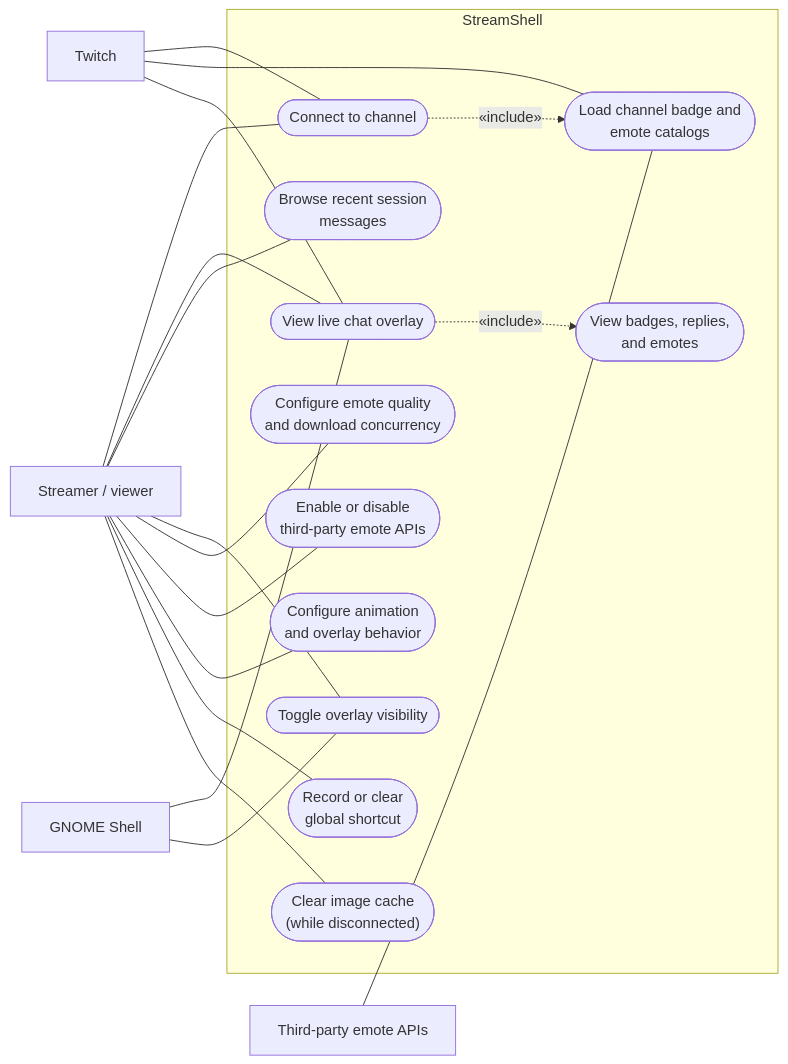
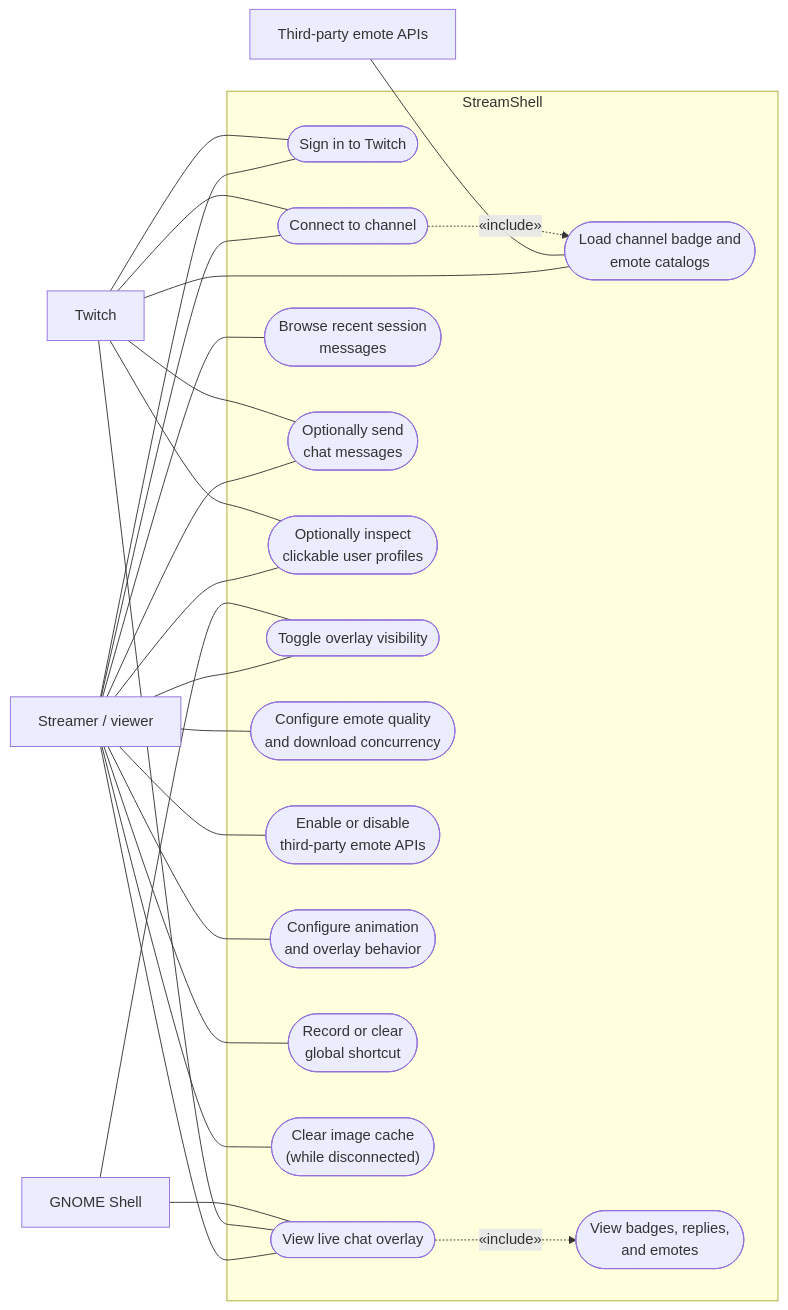
The second of 2 diagrams in docs/architecture/05-deployment-and-use-cases.md (tachirula/StreamShell), drawn with Mermaid before and after one commit. The commit also changed 4 other files, not shown here.

````diff
--- a/docs/architecture/05-deployment-and-use-cases.md
+++ b/docs/architecture/05-deployment-and-use-cases.md
@@ -74,40 +74,49 @@
 ```mermaid
 flowchart LR
   User["Streamer / viewer"]
   Twitch["Twitch"]
   EmoteAPIs["Third-party emote APIs"]
   Shell["GNOME Shell"]
 
   subgraph System["StreamShell"]
+    SignIn(["Sign in to Twitch"])
     Connect(["Connect to channel"])
     Catalogs(["Load channel badge and<br/>emote catalogs"])
     ViewChat(["View live chat overlay"])
     RichChat(["View badges, replies,<br/>and emotes"])
     History(["Browse recent session<br/>messages"])
+    SendChat(["Optionally send<br/>chat messages"])
+    UserProfile(["Optionally inspect<br/>clickable user profiles"])
     Toggle(["Toggle overlay visibility"])
     Assets(["Configure emote quality<br/>and download concurrency"])
     ThirdParty(["Enable or disable<br/>third-party emote APIs"])
     OverlayPrefs(["Configure animation<br/>and overlay behavior"])
     Shortcut(["Record or clear<br/>global shortcut"])
     ClearCache(["Clear image cache<br/>(while disconnected)"])
   end
 
+  User --- SignIn
   User --- Connect
   User --- ViewChat
   User --- History
+  User --- SendChat
+  User --- UserProfile
   User --- Toggle
   User --- Assets
   User --- ThirdParty
   User --- OverlayPrefs
   User --- Shortcut
   User --- ClearCache
   Twitch --- Connect
+  Twitch --- SignIn
   Twitch --- Catalogs
   Twitch --- ViewChat
+  Twitch --- SendChat
+  Twitch --- UserProfile
   EmoteAPIs --- Catalogs
   Shell --- ViewChat
   Shell --- Toggle
 
   ViewChat -.->|"«include»"| RichChat
   Connect -.->|"«include»"| Catalogs
 ```
````
